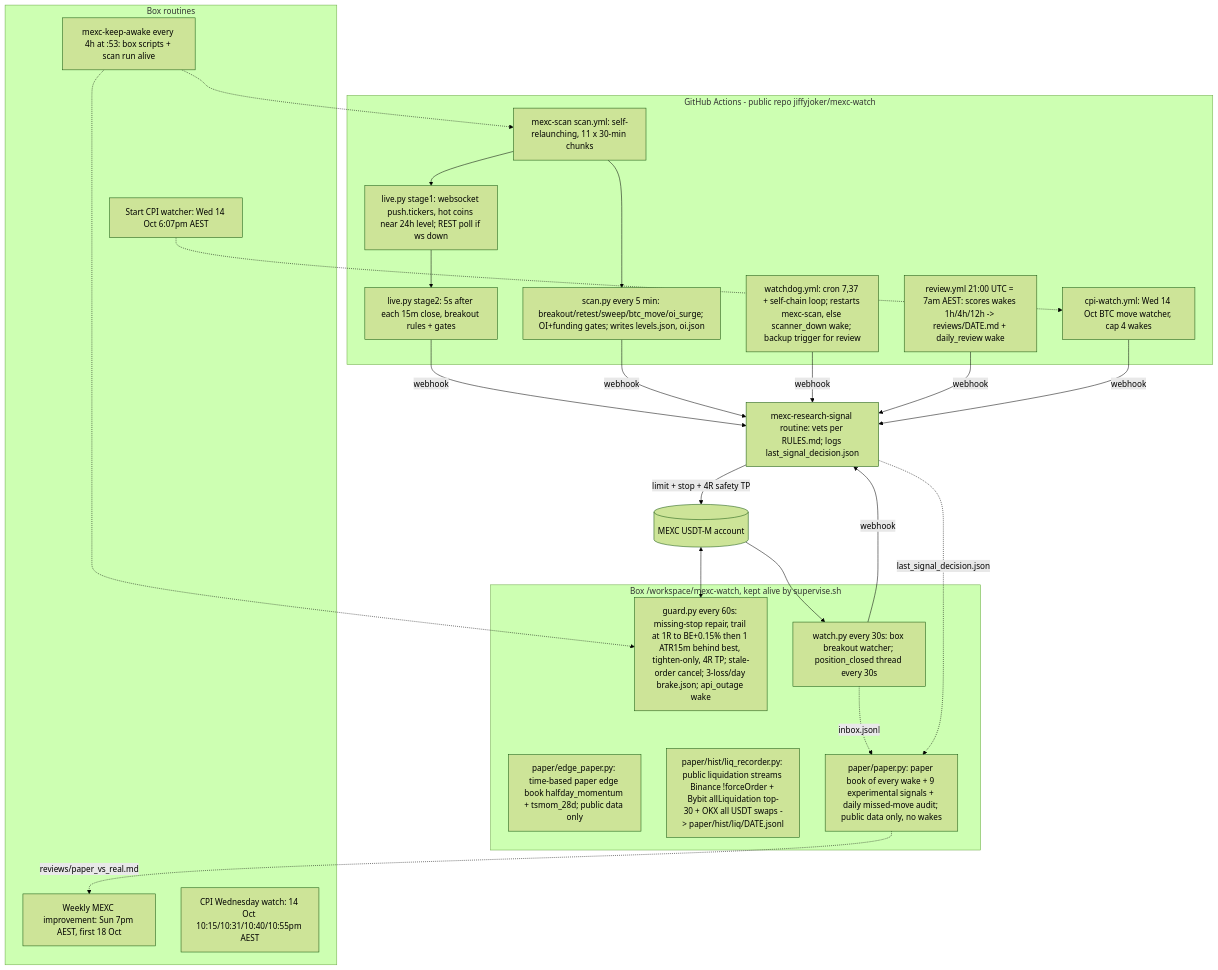
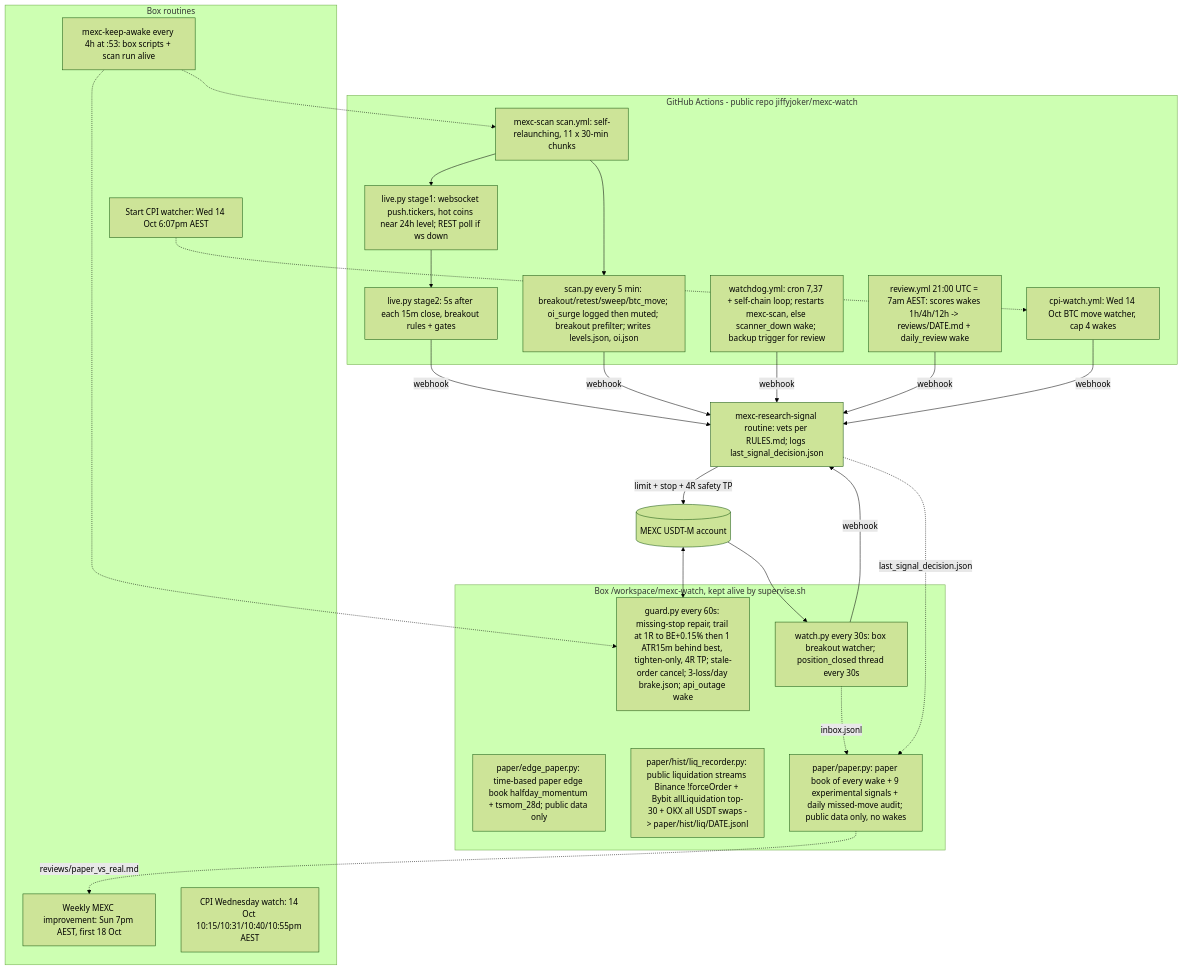
One commit to jiffyjoker/mexc-watch changed the diagram in SYSTEM_MAP.md. Above: the diagram before and after it, drawn with Mermaid (forest theme). The commit also changed other lines of this file and 4 other files, not shown here.

First line of the commit message:
Mute oi_surge wakes and prefilter breakouts before posting. (#1)

````diff
--- a/SYSTEM_MAP.md
+++ b/SYSTEM_MAP.md
@@ -5,41 +5,41 @@
 ```mermaid
 flowchart TD
   subgraph GH[GitHub Actions - public repo jiffyjoker/mexc-watch]
     SCAN[mexc-scan scan.yml: self-relaunching, 11 x 30-min chunks]
     WS[live.py stage1: websocket push.tickers, hot coins near 24h level; REST poll if ws down]
     S2[live.py stage2: 5s after each 15m close, breakout rules + gates]
-    REST[scan.py every 5 min: breakout/retest/sweep/btc_move/oi_surge; OI+funding gates; writes levels.json, oi.json]
+    REST[scan.py every 5 min: breakout/retest/sweep/btc_move; oi_surge logged then muted; breakout prefilter; writes levels.json, oi.json]
     WD[watchdog.yml: cron 7,37 + self-chain loop; restarts mexc-scan, else scanner_down wake; backup trigger for review]
     RV[review.yml 21:00 UTC = 7am AEST: scores wakes 1h/4h/12h -> reviews/DATE.md + daily_review wake]
     CPI[cpi-watch.yml: Wed 14 Oct BTC move watcher, cap 4 wakes]
     SCAN --> WS --> S2
     SCAN --> REST
   end
   S2 -->|webhook| R[mexc-research-signal routine: vets per RULES.md; logs last_signal_decision.json]
   REST -->|webhook| R
   WD -->|webhook| R
   RV -->|webhook| R
   CPI -->|webhook| R
   R -->|limit + stop + 4R safety TP| MEXC[(MEXC USDT-M account)]
   subgraph BOX[Box /workspace/mexc-watch, kept alive by supervise.sh]
     G[guard.py every 60s: missing-stop repair, trail at 1R to BE+0.15% then 1 ATR15m behind best, tighten-only, 4R TP; stale-order cancel; 3-loss/day brake.json; api_outage wake]
     W[watch.py every 30s: box breakout watcher; position_closed thread every 30s]
     EP[paper/edge_paper.py: time-based paper edge book halfday_momentum + tsmom_28d; public data only]
     LQ[paper/hist/liq_recorder.py: public liquidation streams Binance !forceOrder + Bybit allLiquidation top-30 + OKX all USDT swaps -> paper/hist/liq/DATE.jsonl]
     PB[paper/paper.py: paper book of every wake + 9 experimental signals + daily missed-move audit; public data only, no wakes]
   end
   MEXC <--> G
   MEXC --> W -->|webhook| R
   W -.->|inbox.jsonl| PB
   R -.->|last_signal_decision.json| PB
   PB -.->|reviews/paper_vs_real.md| WK
   subgraph RT[Box routines]
     KA[mexc-keep-awake every 4h at :53: box scripts + scan run alive]
     CW[CPI Wednesday watch: 14 Oct 10:15/10:31/10:40/10:55pm AEST]
     SC[Start CPI watcher: Wed 14 Oct 6:07pm AEST]
     WK[Weekly MEXC improvement: Sun 7pm AEST, first 18 Oct]
   end
   KA -.-> SCAN
   KA -.-> G
   SC -.-> CPI
 ```
````
